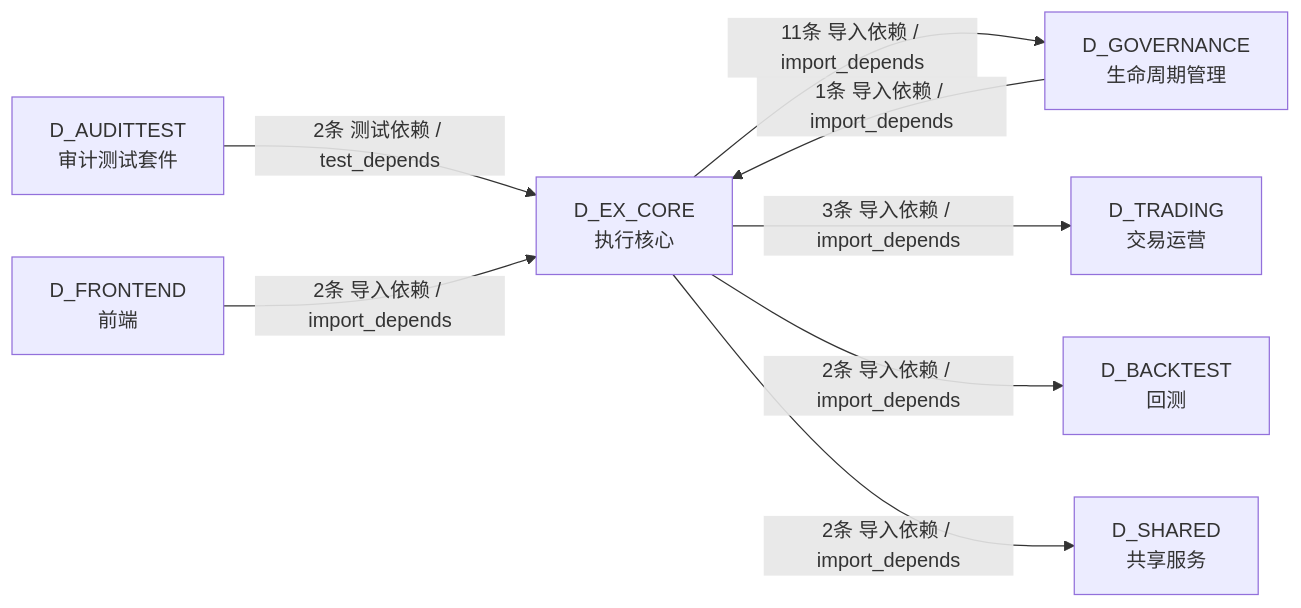
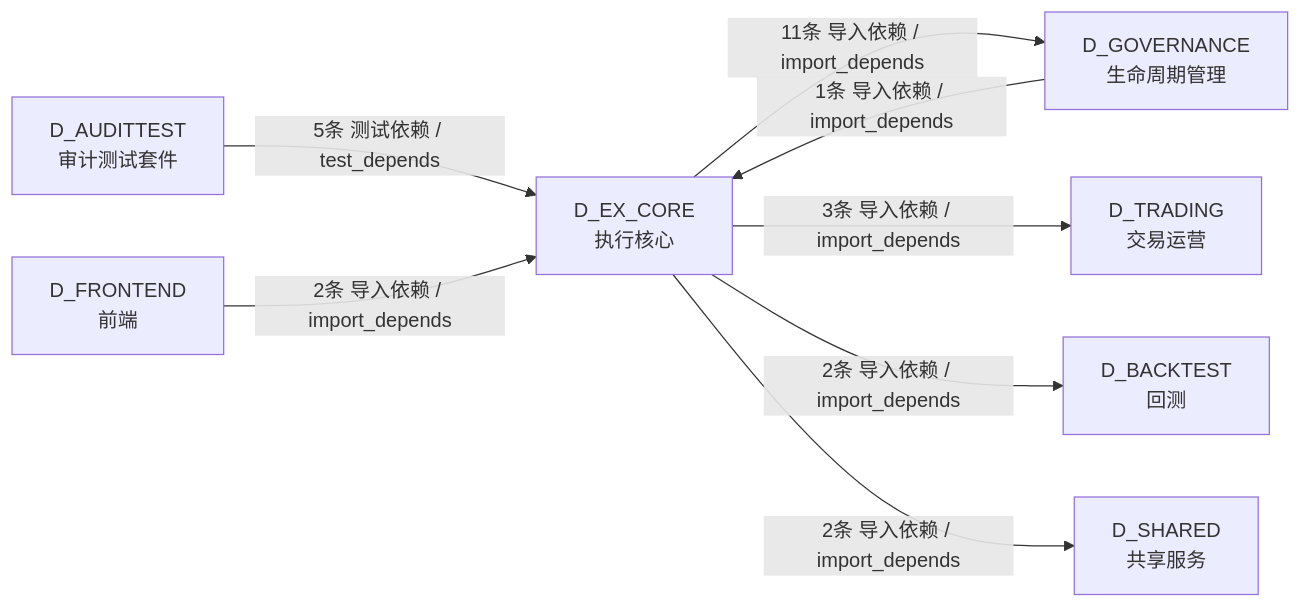
One commit to xuanFelixVan/ZephyrAlpha changed the fifth of 5 diagrams in docs/02_enterprise_architecture/02_domain_architecture_docs/32_d_ex_core.md. Above: the diagram before and after it, drawn with Mermaid. The commit also changed other lines of this file and 112 other files, not shown here.

````diff
--- a/docs/02_enterprise_architecture/02_domain_architecture_docs/32_d_ex_core.md
+++ b/docs/02_enterprise_architecture/02_domain_architecture_docs/32_d_ex_core.md
@@ -281,17 +281,17 @@
 ```mermaid
 graph LR
     D_EX_CORE["D_EX_CORE<br/>执行核心"]
     D_GOVERNANCE["D_GOVERNANCE<br/>生命周期管理"]
     D_TRADING["D_TRADING<br/>交易运营"]
     D_BACKTEST["D_BACKTEST<br/>回测"]
     D_SHARED["D_SHARED<br/>共享服务"]
     D_AUDITTEST["D_AUDITTEST<br/>审计测试套件"]
     D_FRONTEND["D_FRONTEND<br/>前端"]
     D_EX_CORE -->|11条 导入依赖 / import_depends| D_GOVERNANCE
     D_EX_CORE -->|3条 导入依赖 / import_depends| D_TRADING
     D_EX_CORE -->|2条 导入依赖 / import_depends| D_BACKTEST
     D_EX_CORE -->|2条 导入依赖 / import_depends| D_SHARED
-    D_AUDITTEST -->|2条 测试依赖 / test_depends| D_EX_CORE
+    D_AUDITTEST -->|5条 测试依赖 / test_depends| D_EX_CORE
     D_FRONTEND -->|2条 导入依赖 / import_depends| D_EX_CORE
     D_GOVERNANCE -->|1条 导入依赖 / import_depends| D_EX_CORE
 ```
````
